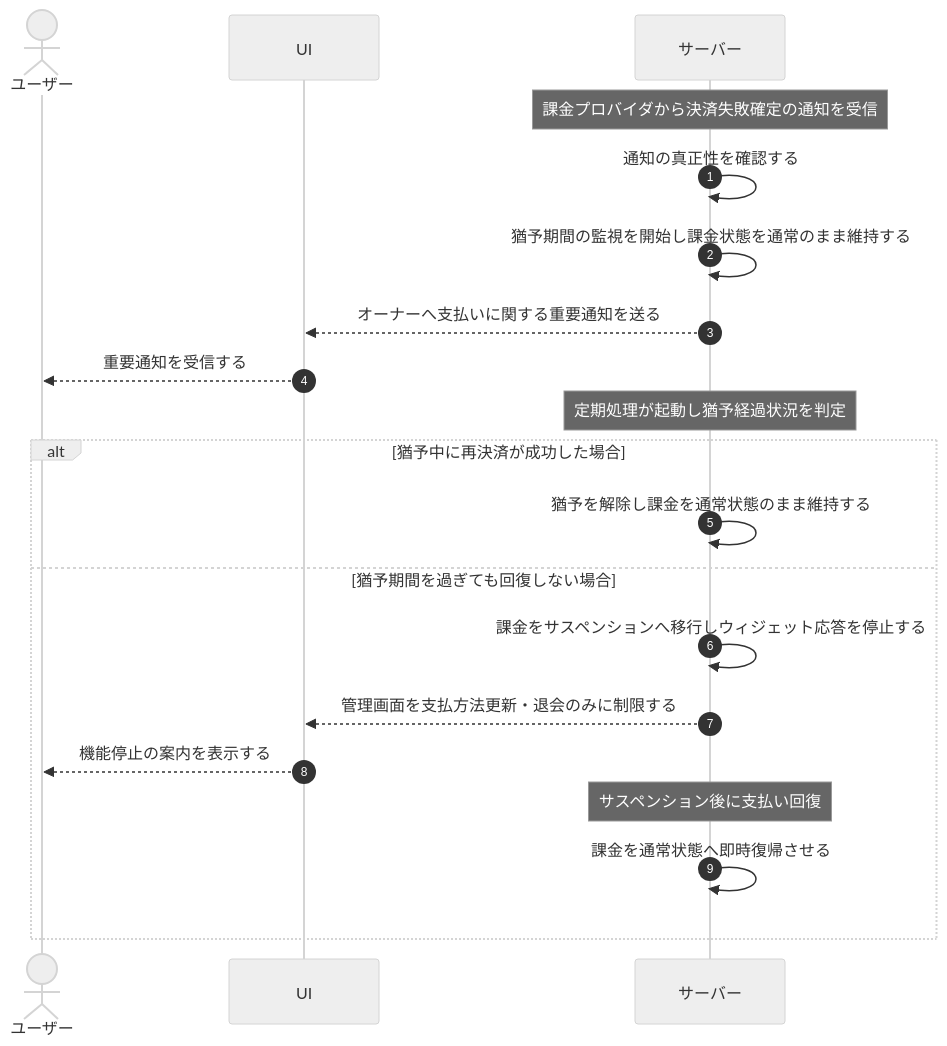
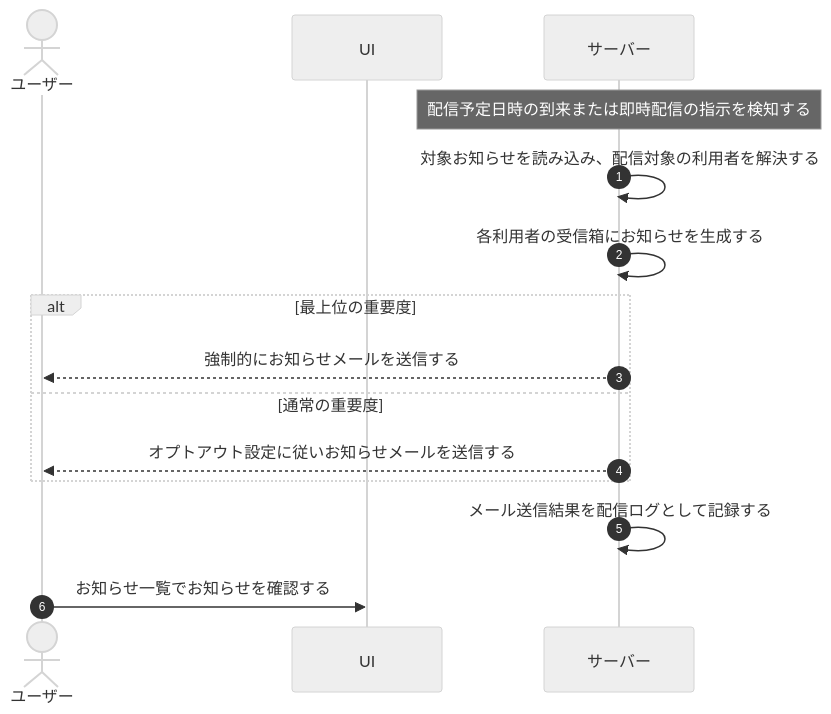
Before and after one commit to sikakou54/open-faq: the diagram in 01_requirements/04_business_usecases/UC-059.md, drawn with Mermaid (neutral theme). The commit also changed other lines of this file and 395 other files, not shown here.

````diff
--- a/01_requirements/04_business_usecases/UC-059.md
+++ b/01_requirements/04_business_usecases/UC-059.md
@@ -28,26 +27,18 @@
 ```mermaid
 sequenceDiagram
   autonumber
   actor U as ユーザー
   participant UI as UI
   participant S as サーバー
 
-  Note over S: 課金プロバイダから決済失敗確定の通知を受信
-  S->>S: 通知の真正性を確認する
-  S->>S: 猶予期間の監視を開始し課金状態を通常のまま維持する
-  S-->>UI: オーナーへ支払いに関する重要通知を送る
-  UI-->>U: 重要通知を受信する
-
-  Note over S: 定期処理が起動し猶予経過状況を判定
-
-  alt 猶予中に再決済が成功した場合
-    S->>S: 猶予を解除し課金を通常状態のまま維持する
-  else 猶予期間を過ぎても回復しない場合
-    S->>S: 課金をサスペンションへ移行しウィジェット応答を停止する
-    S-->>UI: 管理画面を支払方法更新・退会のみに制限する
-    UI-->>U: 機能停止の案内を表示する
-
-    Note over S: サスペンション後に支払い回復
-    S->>S: 課金を通常状態へ即時復帰させる
+  Note over S: 配信予定日時の到来または即時配信の指示を検知する
+  S->>S: 対象お知らせを読み込み、配信対象の利用者を解決する
+  S->>S: 各利用者の受信箱にお知らせを生成する
+  alt 最上位の重要度
+    S-->>U: 強制的にお知らせメールを送信する
+  else 通常の重要度
+    S-->>U: オプトアウト設定に従いお知らせメールを送信する
   end
+  S->>S: メール送信結果を配信ログとして記録する
+  U->>UI: お知らせ一覧でお知らせを確認する
 ```
````
